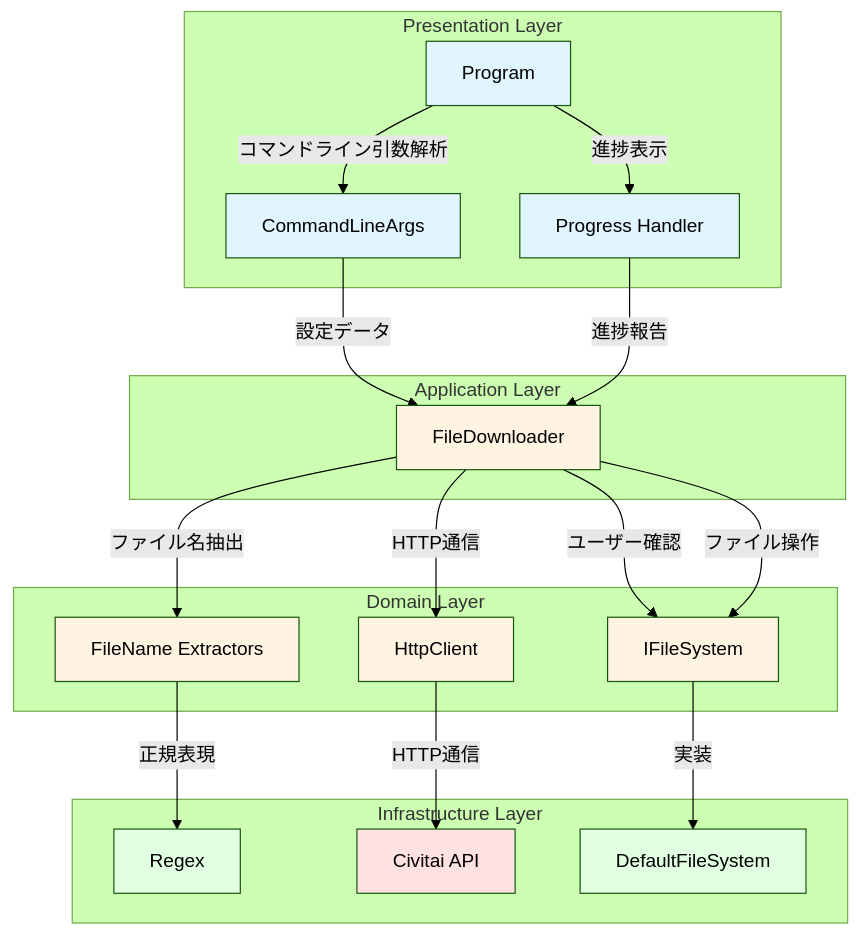
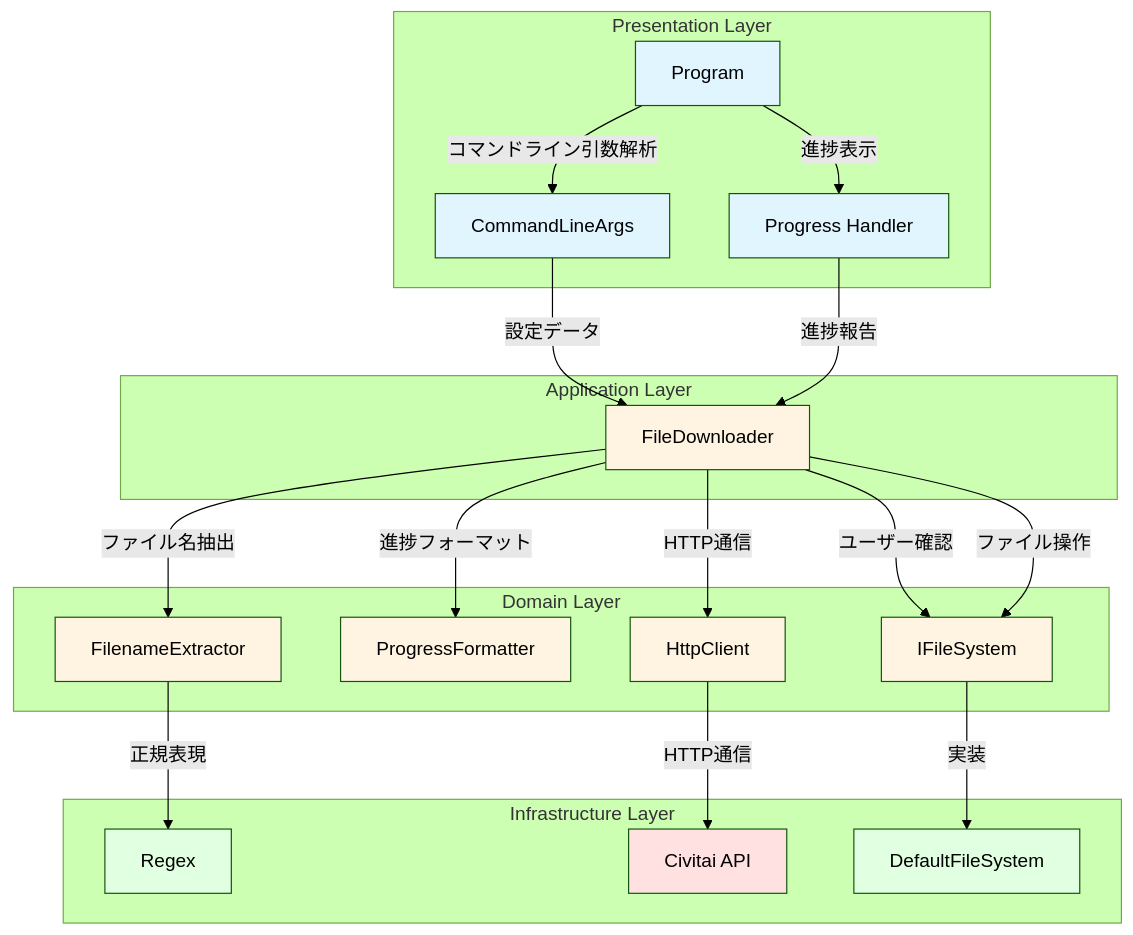
One commit to patacchi/CivitaiDownloader changed the first of 2 diagrams in docs/ARCHITECTURE.md. Above: the diagram before and after it, drawn with Mermaid (forest theme). The commit also changed other lines of this file and 9 other files, not shown here.

````diff
--- a/docs/ARCHITECTURE.md
+++ b/docs/ARCHITECTURE.md
@@ -5,36 +5,38 @@
 ```mermaid
 graph TB
     subgraph "Presentation Layer"
         A[Program] -->|コマンドライン引数解析| B[CommandLineArgs]
         A -->|進捗表示| C[Progress Handler]
     end
     
     subgraph "Application Layer"
         B -->|設定データ| D[FileDownloader]
         C -->|進捗報告| D
     end
     
     subgraph "Domain Layer"
-        D -->|ファイル名抽出| E[FileName Extractors]
-        D -->|HTTP通信| F[HttpClient]
-        D -->|ユーザー確認| G[IFileSystem]
-        D -->|ファイル操作| G
+        D -->|ファイル名抽出| E[FilenameExtractor]
+        D -->|進捗フォーマット| F[ProgressFormatter]
+        D -->|HTTP通信| G[HttpClient]
+        D -->|ユーザー確認| H[IFileSystem]
+        D -->|ファイル操作| H
     end
     
     subgraph "Infrastructure Layer"
-        E -->|正規表現| H[Regex]
-        F -->|HTTP通信| I[Civitai API]
-        G -->|実装| J[DefaultFileSystem]
+        E -->|正規表現| I[Regex]
+        G -->|HTTP通信| J[Civitai API]
+        H -->|実装| K[DefaultFileSystem]
     end
     
     style A fill:#e1f5ff
     style B fill:#e1f5ff
     style C fill:#e1f5ff
     style D fill:#fff4e1
     style E fill:#fff4e1
     style F fill:#fff4e1
     style G fill:#fff4e1
-    style H fill:#e1ffe1
-    style I fill:#ffe1e1
-    style J fill:#e1ffe1
+    style H fill:#fff4e1
+    style I fill:#e1ffe1
+    style J fill:#ffe1e1
+    style K fill:#e1ffe1
 ```
````
